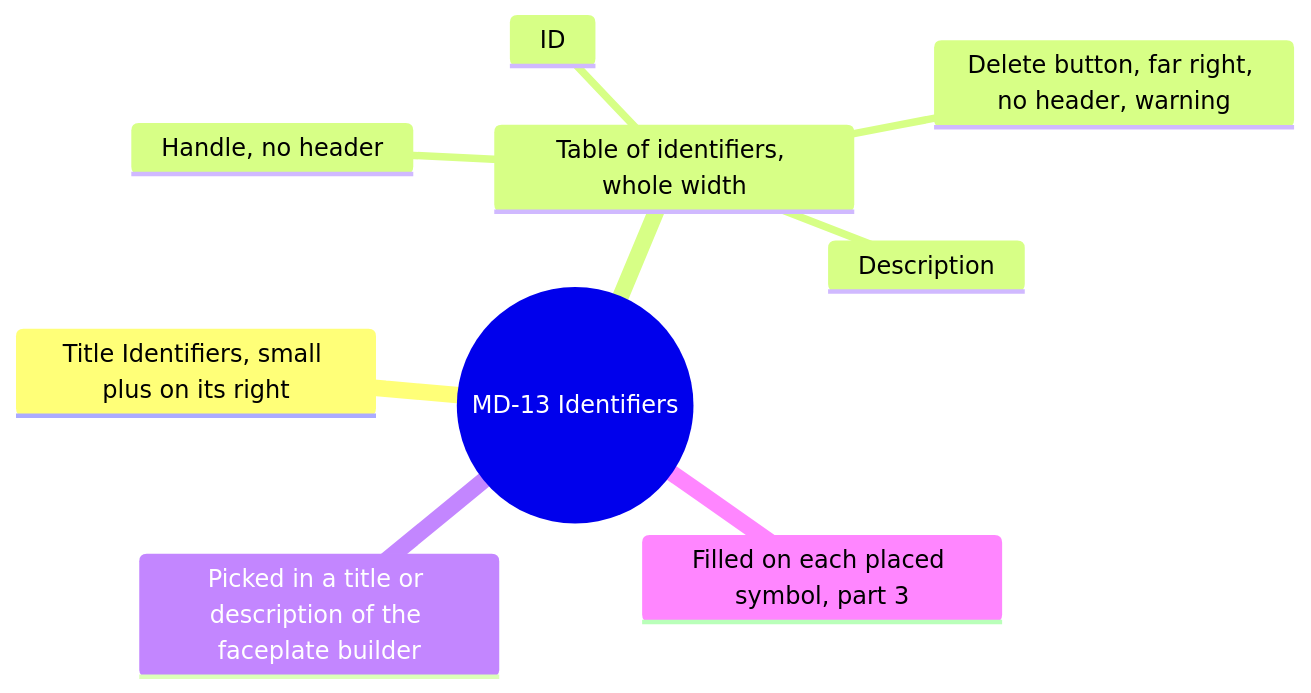
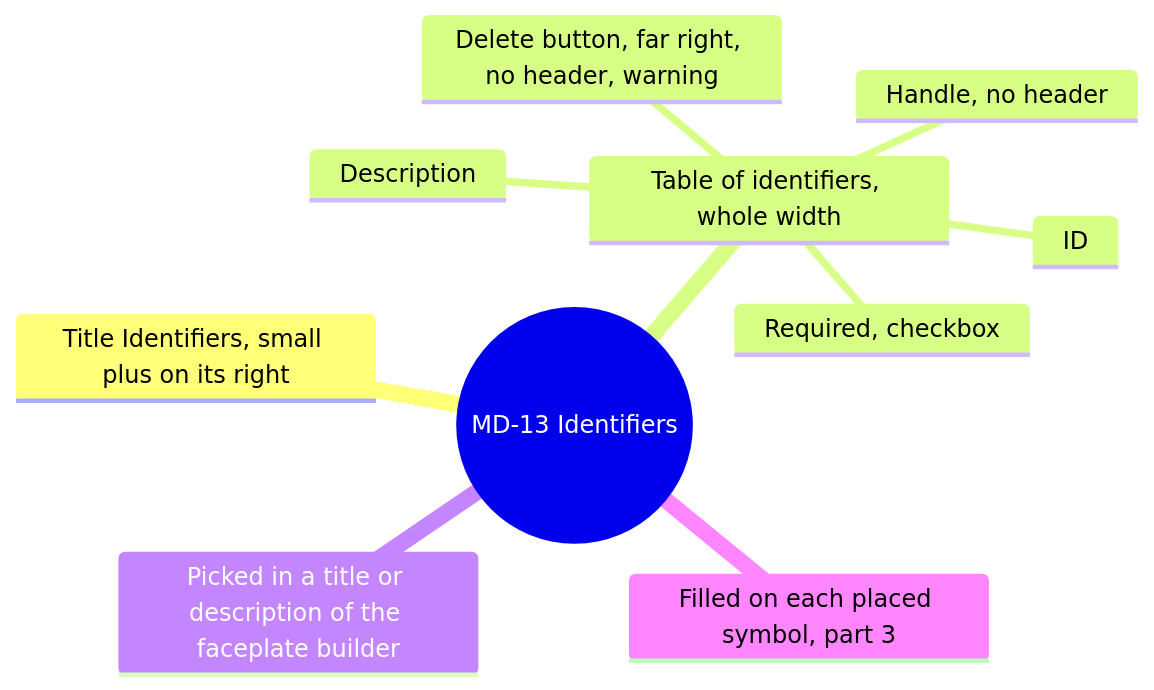
One commit to AlexandreGallais/synoptic-studio-spec changed diagram 16 of 16 in screens/metadata.md. Above: the diagram before and after it, drawn with Mermaid. The commit also changed other lines of this file and 5 other files, not shown here.

````diff
--- a/screens/metadata.md
+++ b/screens/metadata.md
@@ -556,12 +556,13 @@
 ```mermaid
 mindmap
   root((MD-13 Identifiers))
     Title Identifiers, small plus on its right
     Table of identifiers, whole width
       Handle, no header
       ID
       Description
+      Required, checkbox
       Delete button, far right, no header, warning
     Picked in a title or description of the faceplate builder
     Filled on each placed symbol, part 3
 ```
````
